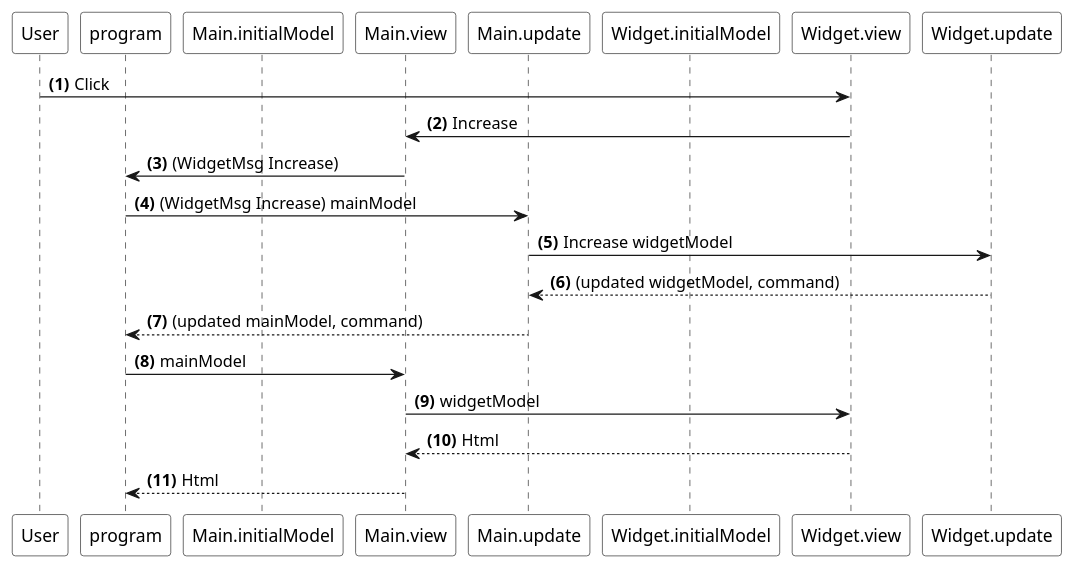
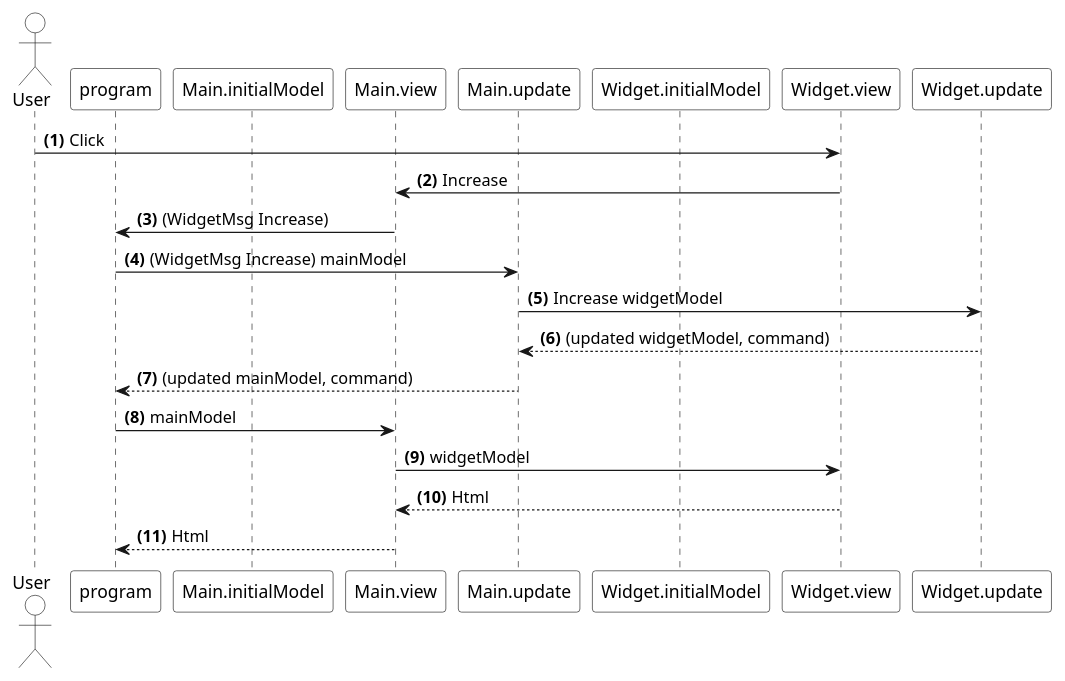
One commit to elmish/elmish changed the diagram in docs/content/parent-child-2-user-interaction.wsd. Above: the diagram before and after it, drawn with PlantUML. The commit also changed 3 other files, not shown here.

Commit message:
update UML diagram with the user as an actor

```diff
--- a/docs/content/parent-child-2-user-interaction.wsd
+++ b/docs/content/parent-child-2-user-interaction.wsd
@@ -1,26 +1,26 @@
 @startuml "parent-child-2-user-interaction"
 ' © Sebastian Porto 2016, 
 ' licensed under a Creative Commons Attribution-NonCommercial-ShareAlike 4.0 International License.
 autonumber "<b>(#)"
-participant User #white
+actor User #white
 participant program #white
 participant Main.initialModel as Mim #white
 participant Main.view as MV #white
 participant Main.update as MU #white
 participant Widget.initialModel as Wim #white
 participant Widget.view as WV #white
 participant Widget.update as WU #white
 
 User -> WV : Click
 WV -> MV: Increase
 MV -> program: (WidgetMsg Increase)
 program -> MU: (WidgetMsg Increase) mainModel
 MU -> WU : Increase widgetModel
 WU --> MU: (updated widgetModel, command)
 MU --> program: (updated mainModel, command)
 program -> MV : mainModel
 MV -> WV : widgetModel
 WV --> MV : Html
 MV --> program : Html
 
 @enduml
```
